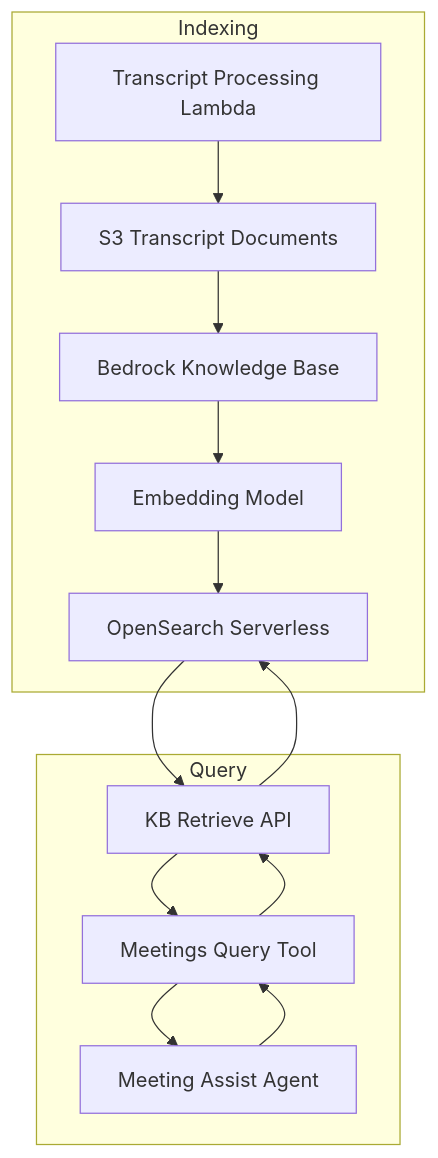
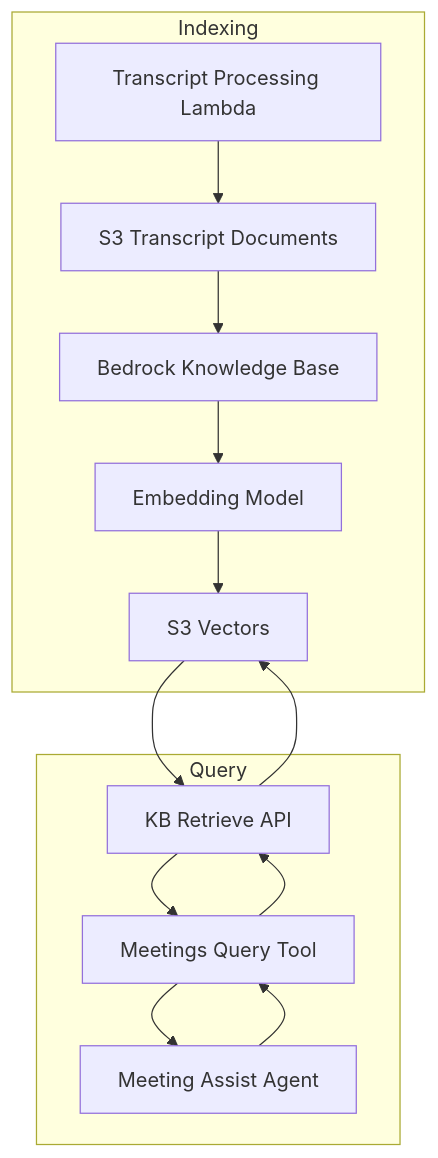
The diagram in threat-modeling/feature-threats/knowledge-base.md (aws-samples/amazon-transcribe-live-meeting-assistant), drawn with Mermaid before and after one commit. The commit also changed other lines of this file and 24 other files, not shown here.

First line of the commit message:
chore(bedrockkb): remove unused OpenSearch Serverless and web crawler code

````diff
--- a/threat-modeling/feature-threats/knowledge-base.md
+++ b/threat-modeling/feature-threats/knowledge-base.md
@@ -25,28 +25,28 @@
 ```mermaid
 flowchart TD
     subgraph Indexing
         Lambda[Transcript Processing Lambda]
         S3[S3 Transcript Documents]
         BedrockKB[Bedrock Knowledge Base]
         Embed[Embedding Model]
-        OpenSearch[OpenSearch Serverless]
+        S3Vectors[S3 Vectors]
     end
 
     subgraph Query
         Agent[Meeting Assist Agent]
         QueryTool[Meetings Query Tool]
         Retrieve[KB Retrieve API]
     end
 
     Lambda --> S3
     S3 --> BedrockKB
     BedrockKB --> Embed
-    Embed --> OpenSearch
+    Embed --> S3Vectors
 
     Agent --> QueryTool
     QueryTool --> Retrieve
-    Retrieve --> OpenSearch
-    OpenSearch --> Retrieve
+    Retrieve --> S3Vectors
+    S3Vectors --> Retrieve
     Retrieve --> QueryTool
     QueryTool --> Agent
 ```
````
